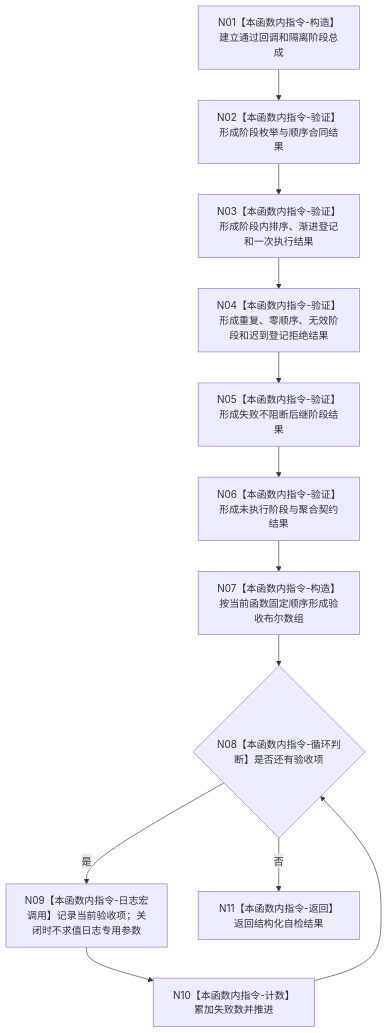
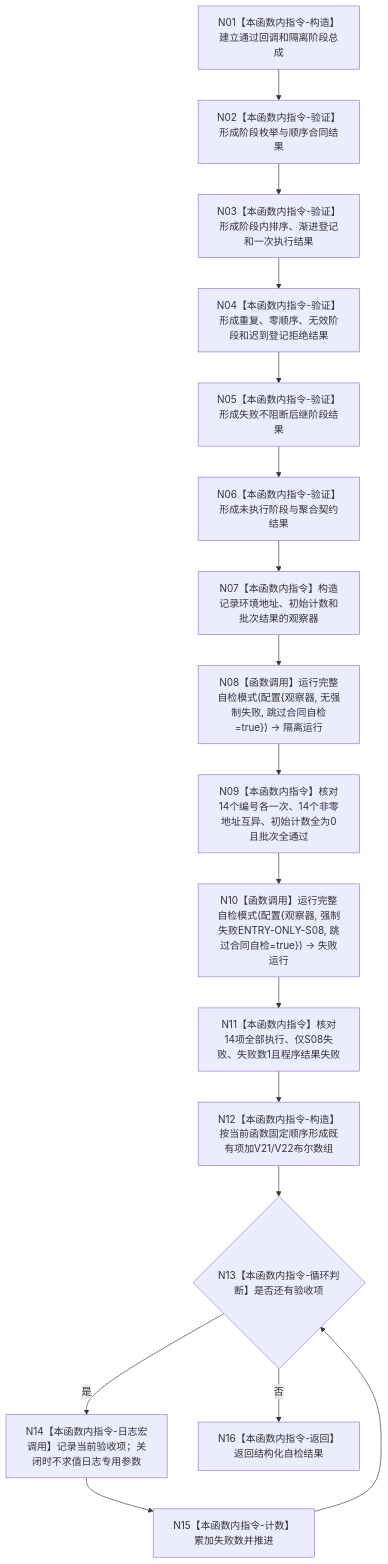
One commit to chunhaizh-cyber/HY-Ego changed the diagram in 流程图/20260726_ENTRY-ONLY_F28_运行阶段化自检总成合同自检_施工流程图_v0.1.md. Above: the diagram before and after it, drawn with Mermaid. The commit also changed other lines of this file and 54 other files, not shown here.

````diff
--- a/流程图/20260726_ENTRY-ONLY_F28_运行阶段化自检总成合同自检_施工流程图_v0.1.md
+++ b/流程图/20260726_ENTRY-ONLY_F28_运行阶段化自检总成合同自检_施工流程图_v0.1.md
@@ -30,14 +30,19 @@
 ```mermaid
 flowchart TD
     N01["N01【本函数内指令-构造】建立通过回调和隔离阶段总成"] --> N02["N02【本函数内指令-验证】形成阶段枚举与顺序合同结果"]
     N02 --> N03["N03【本函数内指令-验证】形成阶段内排序、渐进登记和一次执行结果"]
     N03 --> N04["N04【本函数内指令-验证】形成重复、零顺序、无效阶段和迟到登记拒绝结果"]
     N04 --> N05["N05【本函数内指令-验证】形成失败不阻断后继阶段结果"]
     N05 --> N06["N06【本函数内指令-验证】形成未执行阶段与聚合契约结果"]
-    N06 --> N07["N07【本函数内指令-构造】按当前函数固定顺序形成验收布尔数组"]
-    N07 --> N08{"N08【本函数内指令-循环判断】是否还有验收项"}
-    N08 -- "是" --> N09["N09【本函数内指令-日志宏调用】记录当前验收项；关闭时不求值日志专用参数"]
-    N09 --> N10["N10【本函数内指令-计数】累加失败数并推进"]
-    N10 --> N08
-    N08 -- "否" --> N11["N11【本函数内指令-返回】返回结构化自检结果"]
+    N06 --> N07["N07【本函数内指令】构造记录环境地址、初始计数和批次结果的观察器"]
+    N07 --> N08["N08【函数调用】运行完整自检模式(配置{观察器, 无强制失败, 跳过合同自检=true}) -> 隔离运行"]
+    N08 --> N09["N09【本函数内指令】核对14个编号各一次、14个非零地址互异、初始计数全为0且批次全通过"]
+    N09 --> N10["N10【函数调用】运行完整自检模式(配置{观察器, 强制失败ENTRY-ONLY-S08, 跳过合同自检=true}) -> 失败运行"]
+    N10 --> N11["N11【本函数内指令】核对14项全部执行、仅S08失败、失败数1且程序结果失败"]
+    N11 --> N12["N12【本函数内指令-构造】按当前函数固定顺序形成既有项加V21/V22布尔数组"]
+    N12 --> N13{"N13【本函数内指令-循环判断】是否还有验收项"}
+    N13 -- "是" --> N14["N14【本函数内指令-日志宏调用】记录当前验收项；关闭时不求值日志专用参数"]
+    N14 --> N15["N15【本函数内指令-计数】累加失败数并推进"]
+    N15 --> N13
+    N13 -- "否" --> N16["N16【本函数内指令-返回】返回结构化自检结果"]
 ```
````
